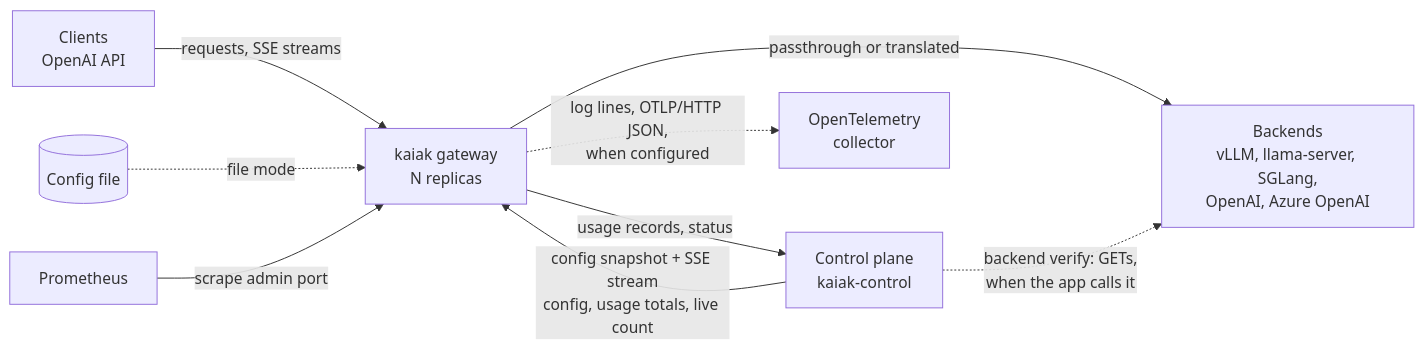
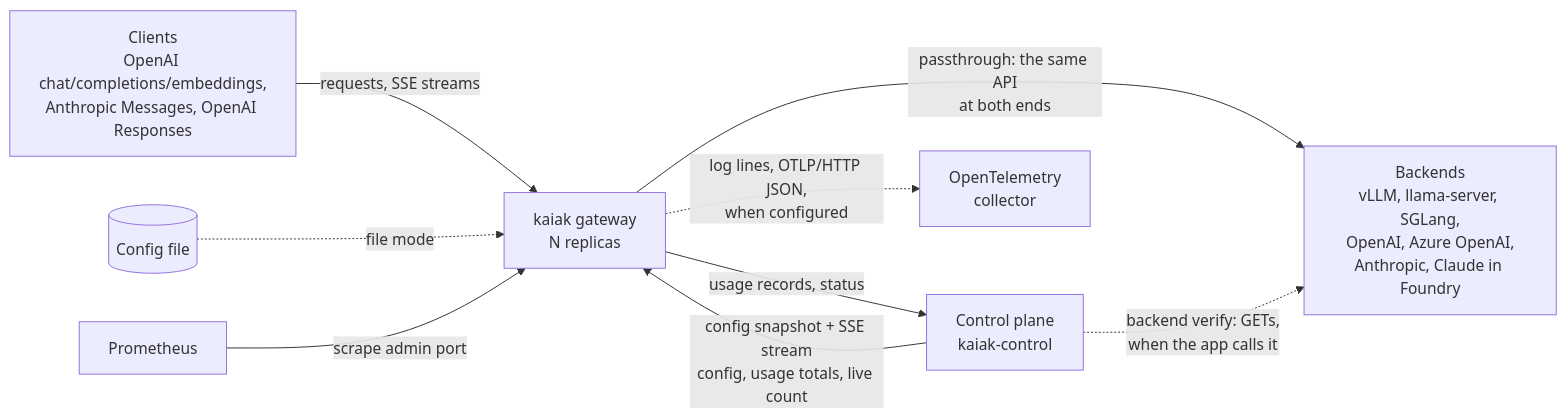
The first of 3 diagrams in docs/ARCHITECTURE.md (acdtrx/kaiak), drawn with Mermaid before and after one commit. The commit also changed other lines of this file and 10 other files, not shown here.

Commit message:
docs: Messages and Responses passthrough, Anthropic types, no model defaults; plan done

````diff
--- a/docs/ARCHITECTURE.md
+++ b/docs/ARCHITECTURE.md
@@ -23,11 +23,11 @@
 ```mermaid
 flowchart LR
-    client[Clients<br/>OpenAI API] -->|requests, SSE streams| gw[kaiak gateway<br/>N replicas]
-    gw -->|passthrough or translated| be[Backends<br/>vLLM, llama-server, SGLang,<br/>OpenAI, Azure OpenAI]
+    client[Clients<br/>OpenAI chat/completions/embeddings,<br/>Anthropic Messages, OpenAI Responses] -->|requests, SSE streams| gw[kaiak gateway<br/>N replicas]
+    gw -->|passthrough: the same API<br/>at both ends| be[Backends<br/>vLLM, llama-server, SGLang,<br/>OpenAI, Azure OpenAI,<br/>Anthropic, Claude in Foundry]
     cp[Control plane<br/>kaiak-control] -->|config snapshot + SSE stream<br/>config, usage totals, live count| gw
     gw -->|usage records, status| cp
     cp -.->|backend verify: GETs,<br/>when the app calls it| be
     file[(Config file)] -.->|file mode| gw
     prom[Prometheus] -->|scrape admin port| gw
     gw -.->|log lines, OTLP/HTTP JSON,<br/>when configured| otel[OpenTelemetry<br/>collector]
 ```
````
